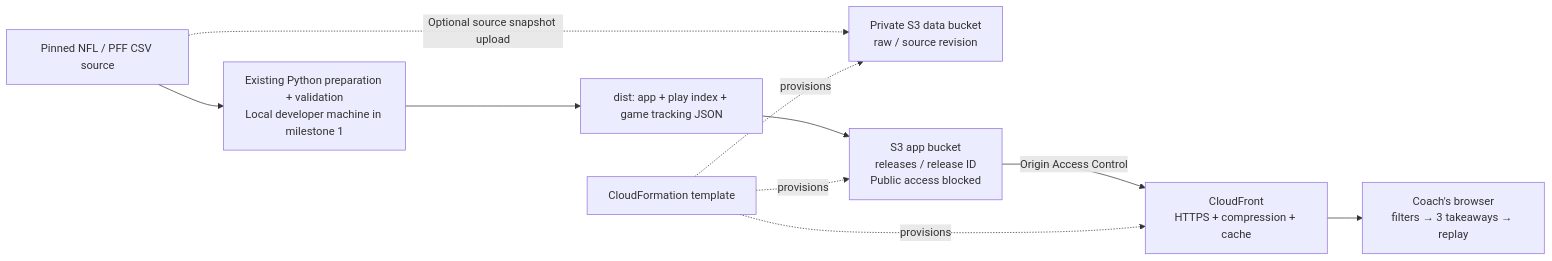
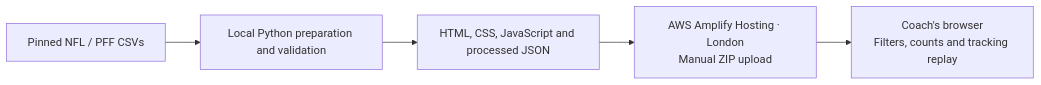
One commit to leventkoymen/opponent-pass-rush-brief changed the diagram in docs/AWS_ARCHITECTURE.md. Above: the diagram before and after it, drawn with Mermaid. The commit also changed other lines of this file and 5 other files, not shown here.

Commit message:
Document live Amplify deployment and clarify unused AWS alternative

````diff
--- a/docs/AWS_ARCHITECTURE.md
+++ b/docs/AWS_ARCHITECTURE.md
@@ -11,12 +9,9 @@
 ```mermaid
 flowchart LR
-    A["Pinned NFL / PFF CSV source"] --> B["Existing Python preparation + validation\nLocal developer machine in milestone 1"]
-    A -. "Optional source snapshot upload" .-> R["Private S3 data bucket\nraw / source revision"]
-    B --> C["dist: app + play index + game tracking JSON"]
-    C --> D["S3 app bucket\nreleases / release ID\nPublic access blocked"]
-    D -->|"Origin Access Control"| E["CloudFront\nHTTPS + compression + cache"]
-    E --> F["Coach's browser\nfilters → 3 takeaways → replay"]
-    G["CloudFormation template"] -. provisions .-> R
-    G -. provisions .-> D
-    G -. provisions .-> E
+    A["Pinned NFL / PFF CSVs"] --> B["Local Python preparation and validation"]
+    B --> C["HTML, CSS, JavaScript and processed JSON"]
+    C --> D["AWS Amplify Hosting · London
+Manual ZIP upload"]
+    D --> E["Coach's browser
+Filters, counts and tracking replay"]
 ```
````
